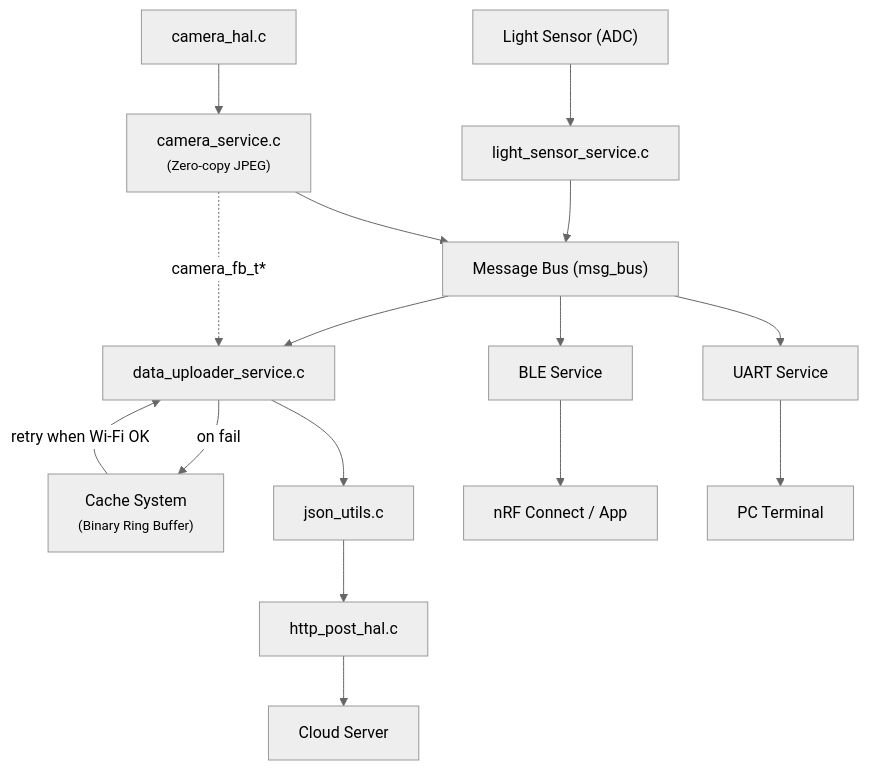
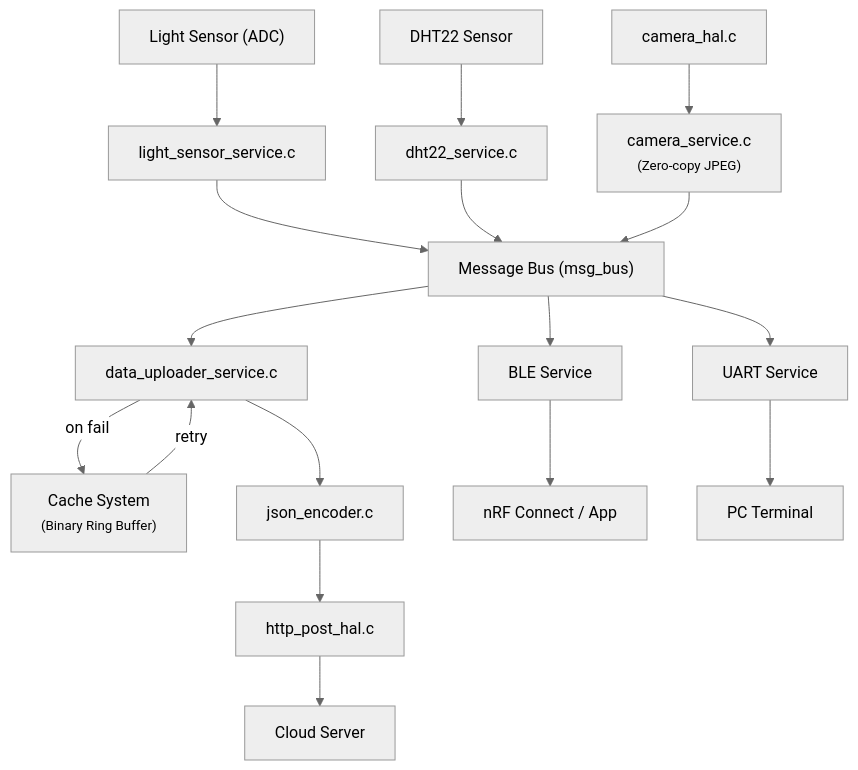
Before and after one commit to MrRaidrop/ESP-MoNet: the diagram in docs/index.md, drawn with Mermaid (neutral theme). The commit also changed 2 other files, not shown here.

Commit message:
Json update & change log init

```diff
--- a/docs/index.md
+++ b/docs/index.md
@@ -13,35 +13,43 @@
 <div class="mermaid">
 graph TD
     SENSOR["Light Sensor (ADC)"]
+    DHT22["DHT22 Sensor"]
     LIGHT["light_sensor_service.c"]
+    TEMP["dht22_service.c"]
     CAMERA["camera_service.c<br><small>(Zero-copy JPEG)</small>"]
     CAM_HAL["camera_hal.c"]
     BUS["Message Bus (msg_bus)"]
     UPLOADER["data_uploader_service.c"]
     UART["UART Service"]
     BLE["BLE Service"]
     CACHE["Cache System<br><small>(Binary Ring Buffer)</small>"]
-    JSON["json_utils.c"]
+    ENCODER["json_encoder.c"]
     HTTP["http_post_hal.c"]
     CLOUD["Cloud Server"]
     MOBILE["nRF Connect / App"]
     PC["PC Terminal"]
 
+    %% Sensor flow
     SENSOR --> LIGHT
+    DHT22 --> TEMP
     LIGHT  --> BUS
+    TEMP   --> BUS
     CAMERA --> BUS
     CAM_HAL --> CAMERA
+
+    %% Msg bus distribution
     BUS    --> UPLOADER
     BUS    --> UART
     BUS    --> BLE
-    UPLOADER --> JSON
-    JSON   --> HTTP
+
+    %% Upload path
+    UPLOADER --> ENCODER
+    ENCODER --> HTTP
     HTTP   --> CLOUD
+
+    %% Fallback & edge options
+    UPLOADER -->|on fail| CACHE
+    CACHE -->|retry| UPLOADER
     BLE    --> MOBILE
     UART   --> PC
-
-    %% Highlight JPEG path
-    CAMERA -.->|camera_fb_t*| UPLOADER
-    UPLOADER -->|on fail| CACHE
-    CACHE -->|retry when Wi-Fi OK| UPLOADER
 </div>
```
